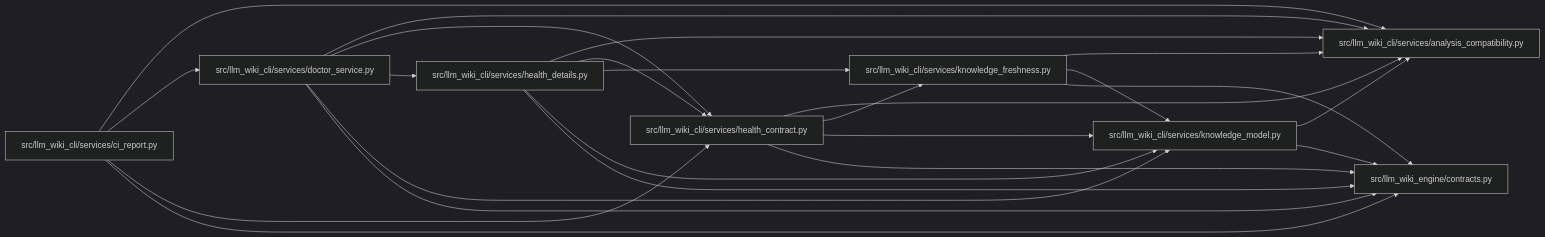
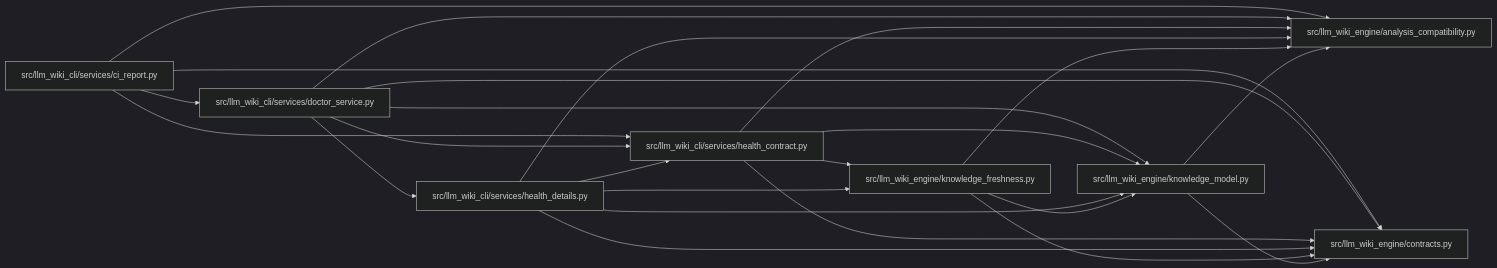
The diagram in docs/llm_wiki/modules/health_contract.md (Denissvgn/python-wiki-llm), drawn with Mermaid (dark theme) before and after one commit. The commit also changed other lines of this file and 1058 other files, not shown here.

First line of the commit message:
docs: refresh the wiki for the knowledge store move

````diff
--- a/docs/llm_wiki/modules/health_contract.md
+++ b/docs/llm_wiki/modules/health_contract.md
@@ -31,42 +31,42 @@
 ```mermaid
 flowchart LR
-    n0["src/llm_wiki_cli/services/analysis_compatibility.py"]
-    n1["src/llm_wiki_cli/services/ci_report.py"]
-    n2["src/llm_wiki_cli/services/doctor_service.py"]
-    n3["src/llm_wiki_cli/services/health_contract.py"]
-    n4["src/llm_wiki_cli/services/health_details.py"]
-    n5["src/llm_wiki_cli/services/knowledge_freshness.py"]
-    n6["src/llm_wiki_cli/services/knowledge_model.py"]
-    n7["src/llm_wiki_engine/contracts.py"]
-    n1 --> n0
+    n0["src/llm_wiki_cli/services/ci_report.py"]
+    n1["src/llm_wiki_cli/services/doctor_service.py"]
+    n2["src/llm_wiki_cli/services/health_contract.py"]
+    n3["src/llm_wiki_cli/services/health_details.py"]
+    n4["src/llm_wiki_engine/analysis_compatibility.py"]
+    n5["src/llm_wiki_engine/contracts.py"]
+    n6["src/llm_wiki_engine/knowledge_freshness.py"]
+    n7["src/llm_wiki_engine/knowledge_model.py"]
+    n0 --> n1
+    n0 --> n2
+    n0 --> n4
+    n0 --> n5
     n1 --> n2
     n1 --> n3
+    n1 --> n4
+    n1 --> n5
     n1 --> n7
-    n2 --> n0
-    n2 --> n3
     n2 --> n4
+    n2 --> n5
     n2 --> n6
     n2 --> n7
-    n3 --> n0
+    n3 --> n2
+    n3 --> n4
     n3 --> n5
     n3 --> n6
     n3 --> n7
-    n4 --> n0
-    n4 --> n3
-    n4 --> n5
-    n4 --> n6
-    n4 --> n7
-    n5 --> n0
-    n5 --> n6
-    n5 --> n7
-    n6 --> n0
+    n6 --> n4
+    n6 --> n5
     n6 --> n7
-    click n0 "../modules/analysis_compatibility.md"
-    click n1 "../modules/ci_report.md"
-    click n2 "../modules/doctor_service.md"
-    click n3 "../modules/health_contract.md"
-    click n4 "../modules/health_details.md"
-    click n5 "../modules/knowledge_freshness.md"
-    click n6 "../modules/knowledge_model.md"
-    click n7 "../modules/llm_wiki_engine_contracts.md"
+    n7 --> n4
+    n7 --> n5
+    click n0 "../modules/ci_report.md"
+    click n1 "../modules/doctor_service.md"
+    click n2 "../modules/health_contract.md"
+    click n3 "../modules/health_details.md"
+    click n4 "../modules/analysis_compatibility.md"
+    click n5 "../modules/llm_wiki_engine_contracts.md"
+    click n6 "../modules/knowledge_freshness.md"
+    click n7 "../modules/knowledge_model.md"
 ```
````
